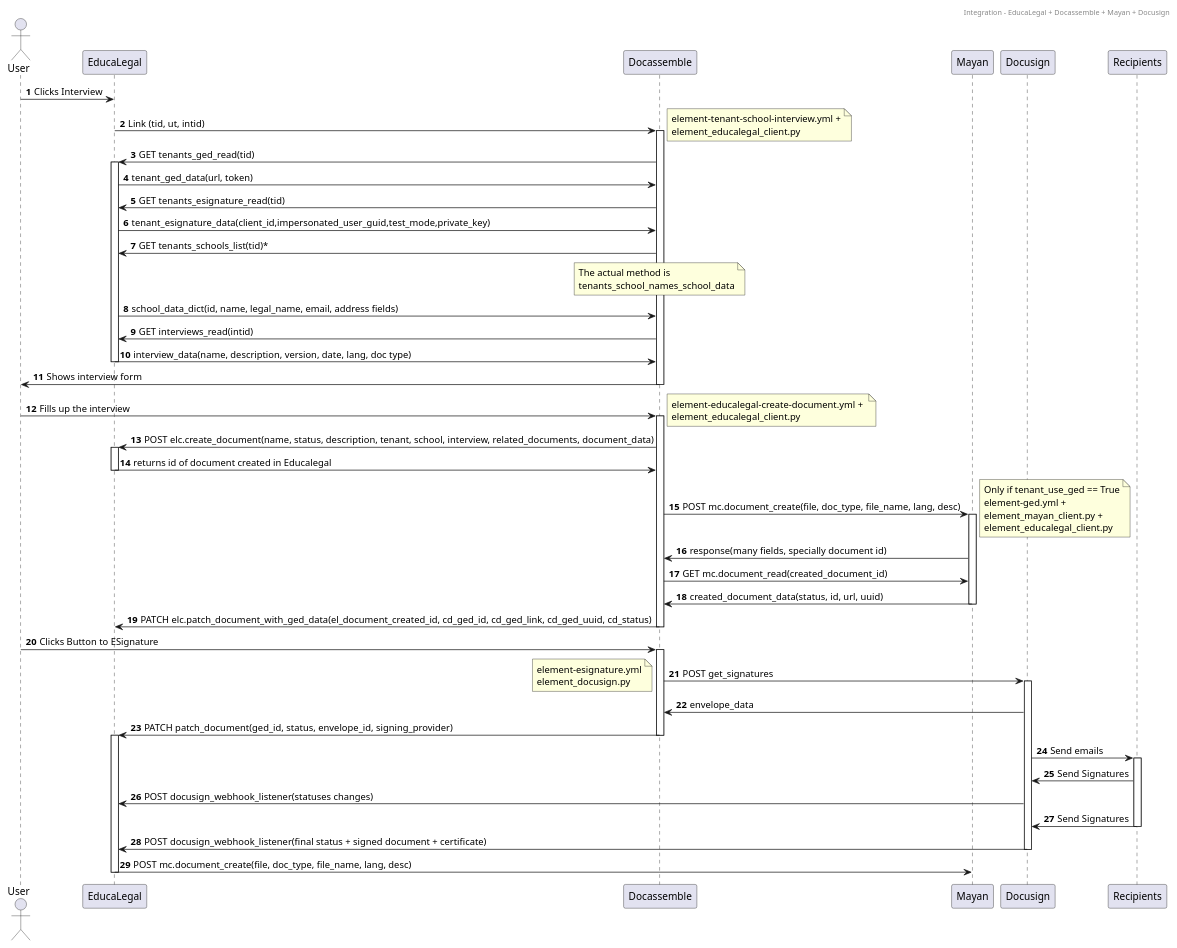
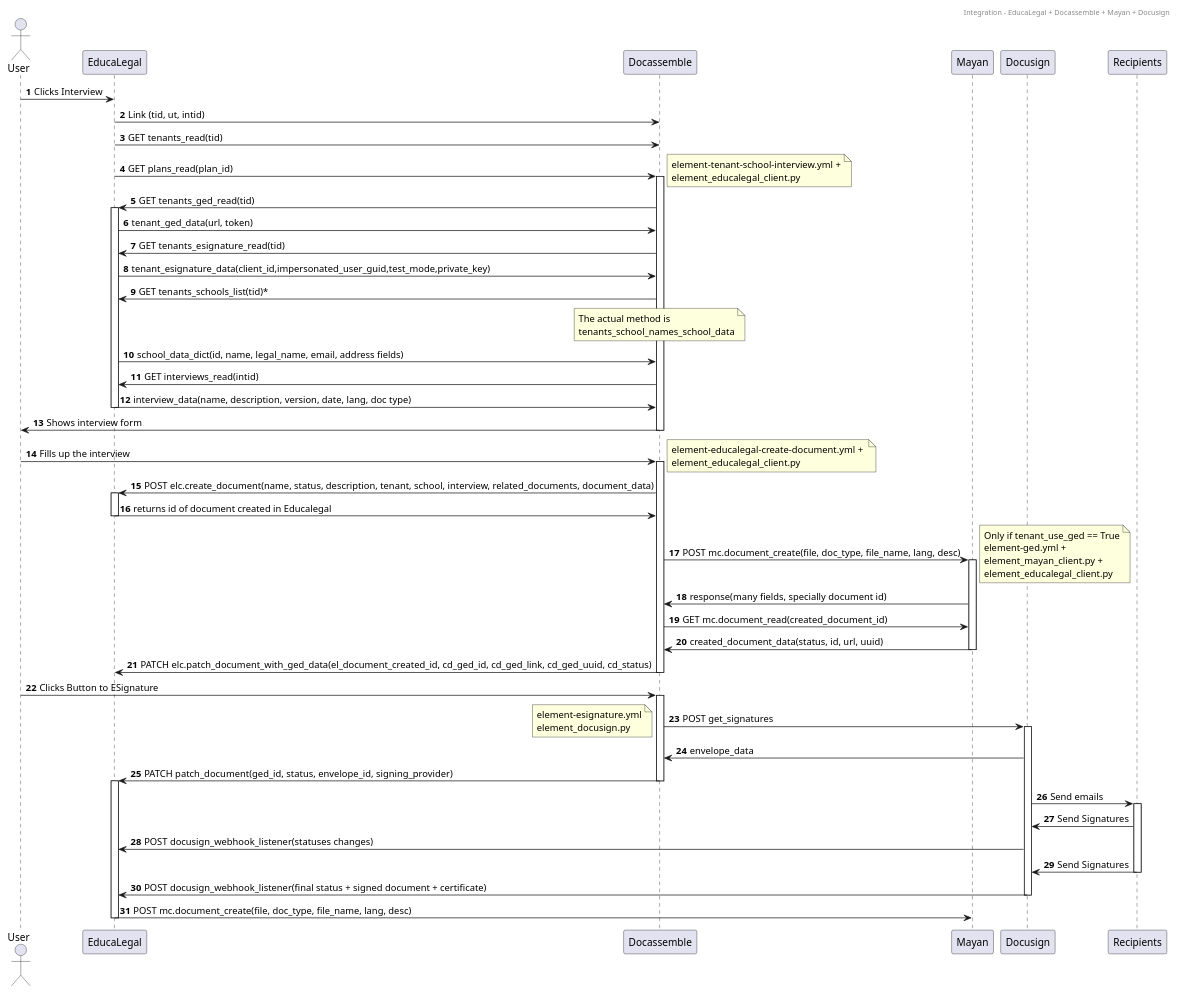
The diagram in fluxos/educalegal_api_seq_diagram_ged_esign_optional.pu (rvnovaes/educalegal), drawn with PlantUML before and after one commit.

Commit message:
slx-199: incluidas 2 chamadas da api do educa legal

```diff
--- a/fluxos/educalegal_api_seq_diagram_ged_esign_optional.pu
+++ b/fluxos/educalegal_api_seq_diagram_ged_esign_optional.pu
@@ -1,74 +1,76 @@
 @startuml
 header Integration - EducaLegal + Docassemble + Mayan + Docusign
 actor User
 autonumber
 User -> EducaLegal: Clicks Interview
 EducaLegal -> Docassemble: Link (tid, ut, intid)
+EducaLegal -> Docassemble: GET tenants_read(tid)
+EducaLegal -> Docassemble: GET plans_read(plan_id)
 note right
 element-tenant-school-interview.yml +
 element_educalegal_client.py
 end note
 activate Docassemble
 Docassemble -> EducaLegal: GET tenants_ged_read(tid)
 activate EducaLegal
 EducaLegal -> Docassemble: tenant_ged_data(url, token)
 Docassemble -> EducaLegal: GET tenants_esignature_read(tid)
 EducaLegal -> Docassemble: tenant_esignature_data(client_id,impersonated_user_guid,test_mode,private_key)
 Docassemble -> EducaLegal: GET tenants_schools_list(tid)*
 note over Docassemble
 The actual method is 
 tenants_school_names_school_data
 end note
 EducaLegal -> Docassemble: school_data_dict(id, name, legal_name, email, address fields)
 Docassemble -> EducaLegal: GET interviews_read(intid)
 EducaLegal -> Docassemble: interview_data(name, description, version, date, lang, doc type)
 deactivate EducaLegal
 Docassemble -> User: Shows interview form
 deactivate Docassemble
 User -> Docassemble: Fills up the interview
 activate Docassemble
 note right
 element-educalegal-create-document.yml + 
 element_educalegal_client.py
 end note
 Docassemble -> EducaLegal: POST elc.create_document(name, status, description, tenant, school, interview, related_documents, document_data)
 activate EducaLegal
 EducaLegal -> Docassemble: returns id of document created in Educalegal
 deactivate EducaLegal
 Docassemble -> Mayan: POST mc.document_create(file, doc_type, file_name, lang, desc)
 activate Mayan
 note right
 Only if tenant_use_ged == True
 element-ged.yml + 
 element_mayan_client.py +
 element_educalegal_client.py
 end note
 Mayan -> Docassemble: response(many fields, specially document id)
 Docassemble -> Mayan: GET mc.document_read(created_document_id)
 Mayan -> Docassemble: created_document_data(status, id, url, uuid)
 deactivate Mayan
 Docassemble -> EducaLegal: PATCH elc.patch_document_with_ged_data(el_document_created_id, cd_ged_id, cd_ged_link, cd_ged_uuid, cd_status)
 deactivate Docassemble
 User -> Docassemble: Clicks Button to ESignature
 activate Docassemble
 Docassemble -> Docusign: POST get_signatures
 note left
 element-esignature.yml
 element_docusign.py
 end note
 activate Docusign
 Docusign -> Docassemble: envelope_data
 Docassemble -> EducaLegal: PATCH patch_document(ged_id, status, envelope_id, signing_provider)
 deactivate Docassemble
 activate EducaLegal
 Docusign -> Recipients: Send emails
 activate Recipients
 Recipients -> Docusign: Send Signatures
 Docusign -> EducaLegal: POST docusign_webhook_listener(statuses changes)
 Recipients -> Docusign: Send Signatures
 deactivate Recipients
 Docusign -> EducaLegal: POST docusign_webhook_listener(final status + signed document + certificate)
 deactivate Docusign
 EducaLegal -> Mayan: POST mc.document_create(file, doc_type, file_name, lang, desc)
 deactivate EducaLegal
 @enduml
```
